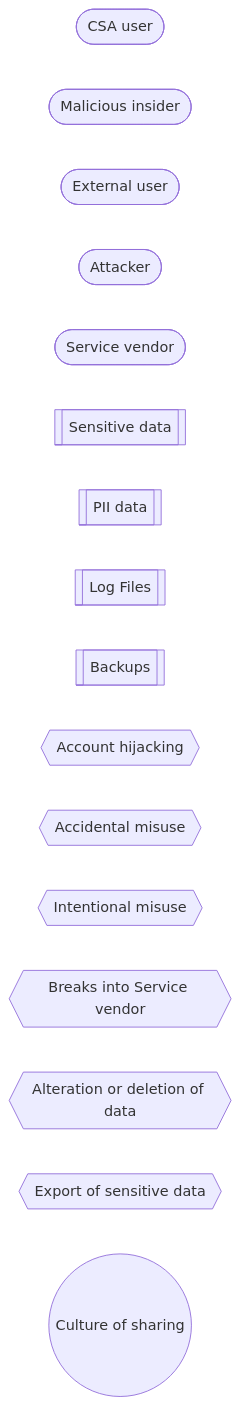
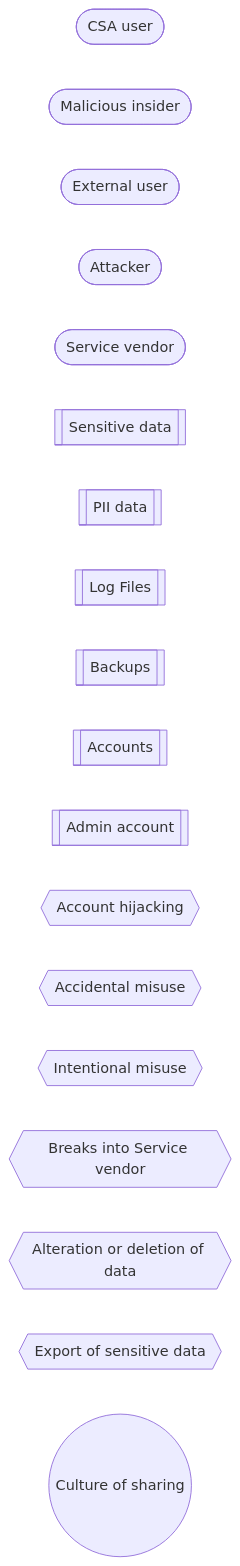
The diagram in threat-model/template.md (CloudSecurityAlliance/CSA-IT-Operations), drawn with Mermaid before and after one commit.

````diff
--- a/threat-model/template.md
+++ b/threat-model/template.md
@@ -3,33 +3,35 @@
 ```mermaid
 flowchart LR
 
 %% Actors ([])
 %% Assets [[]]
 %% Actions {{}}
 %% Cultural (())
 
   %% Standard actors
   CSAUser([CSA user])
   MaliciousInsider([Malicious insider])
   ExternalUser([External user]) 
   Attacker([Attacker])
   ServiceVendor([Service vendor])
   
   %% Standard assets
   SensitiveData[[Sensitive data]]
   PIIData[[PII data]]
   LogFiles[[Log Files]]
   Backups[[Backups]]
+  Accounts[[Accounts]]
+  AdminAccount[[Admin account]]
   
   %% Standard actions
   AccountHijacking{{Account hijacking}}
   AccidentalMisuse{{Accidental misuse}}
   IntentionalMisuse{{Intentional misuse}}
   BreaksintoServiceVendor{{Breaks into Service vendor}}
   AlterationDeletionofData{{Alteration or deletion of data}}
   ExportofsensitiveData{{Export of sensitive data}}
   
   %% Cultural
   CultureOfSharing((Culture of sharing))
   
 ```
````
